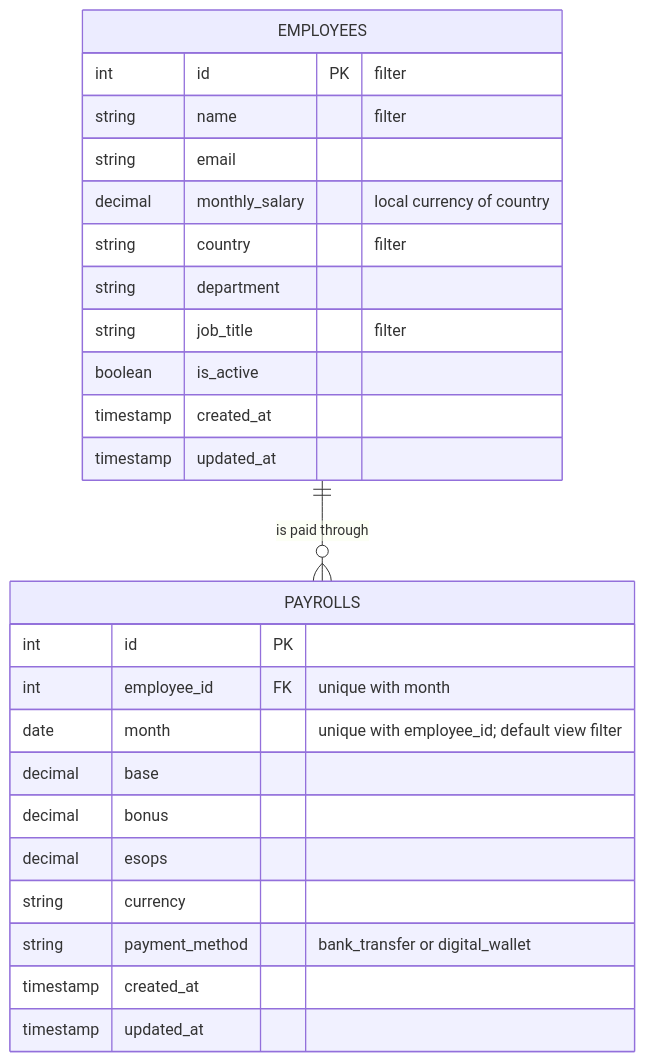
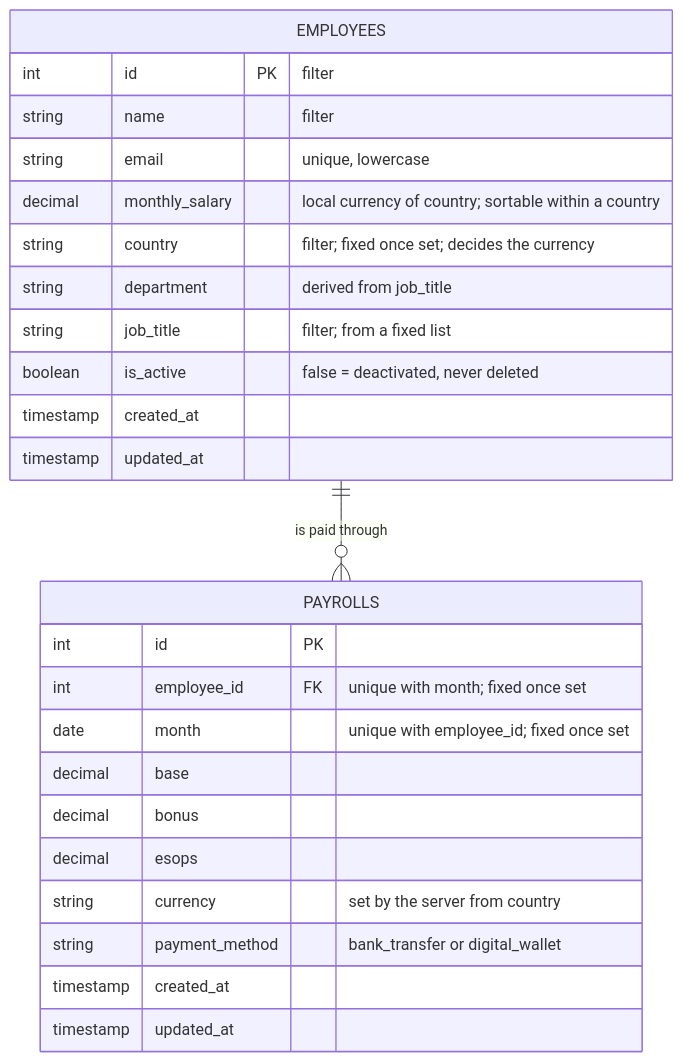
The first of 3 diagrams in artifacts/DIAGRAMS.md (DaX-523/incubyte_salary_mgmt), drawn with Mermaid before and after one commit. The commit also changed other lines of this file, not shown here.

Commit message:
regen diagram

````diff
--- a/artifacts/DIAGRAMS.md
+++ b/artifacts/DIAGRAMS.md
@@ -9,30 +9,30 @@
 ```mermaid
 erDiagram
     EMPLOYEES ||--o{ PAYROLLS : "is paid through"
 
     EMPLOYEES {
         int id PK "filter"
         string name "filter"
-        string email
-        decimal monthly_salary "local currency of country"
-        string country "filter"
-        string department
-        string job_title "filter"
-        boolean is_active
+        string email "unique, lowercase"
+        decimal monthly_salary "local currency of country; sortable within a country"
+        string country "filter; fixed once set; decides the currency"
+        string department "derived from job_title"
+        string job_title "filter; from a fixed list"
+        boolean is_active "false = deactivated, never deleted"
         timestamp created_at
         timestamp updated_at
     }
 
     PAYROLLS {
         int id PK
-        int employee_id FK "unique with month"
-        date month "unique with employee_id; default view filter"
+        int employee_id FK "unique with month; fixed once set"
+        date month "unique with employee_id; fixed once set"
         decimal base
         decimal bonus
         decimal esops
-        string currency
+        string currency "set by the server from country"
         string payment_method "bank_transfer or digital_wallet"
         timestamp created_at
         timestamp updated_at
     }
 ```
````
